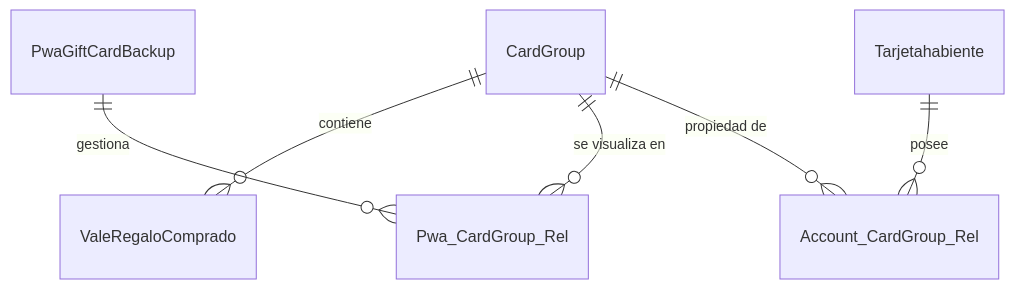
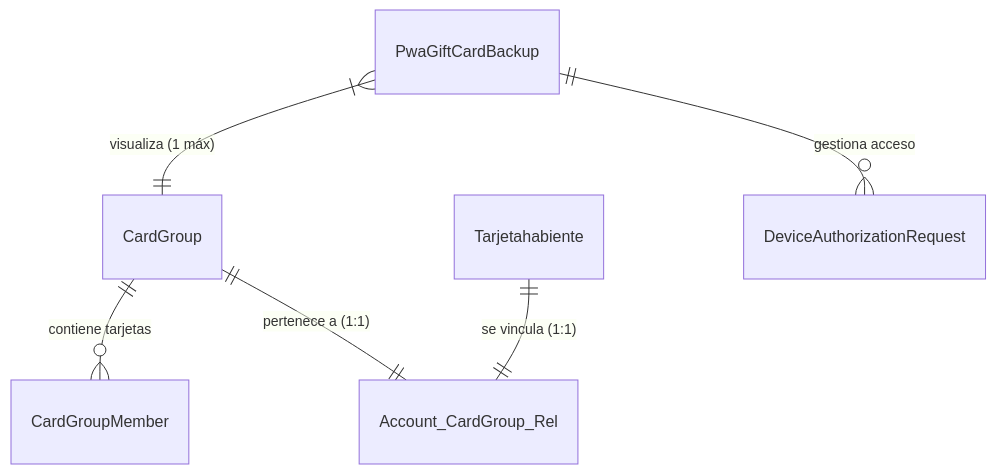
One commit to bulmaroarellano/pwa-architecture-proposal changed the diagram in README.md. Above: the diagram before and after it, drawn with Mermaid. The commit also changed other lines of this file and 1 other file, not shown here.

Commit message:
Update architecture to V2: Strict 1:1 rules and Device Authorization

````diff
--- a/README.md
+++ b/README.md
@@ -25,10 +17,11 @@
 ```mermaid
 erDiagram
-    CardGroup ||--o{ ValeRegaloComprado : "contiene"
+    CardGroup ||--o{ CardGroupMember : "contiene tarjetas"
     
-    PwaGiftCardBackup ||--o{ Pwa_CardGroup_Rel : "gestiona"
-    CardGroup ||--o{ Pwa_CardGroup_Rel : "se visualiza en"
+    PwaGiftCardBackup }|--|| CardGroup : "visualiza (1 máx)"
     
-    Tarjetahabiente ||--o{ Account_CardGroup_Rel : "posee"
-    CardGroup ||--o{ Account_CardGroup_Rel : "propiedad de"
+    Tarjetahabiente ||--|| Account_CardGroup_Rel : "se vincula (1:1)"
+    CardGroup ||--|| Account_CardGroup_Rel : "pertenece a (1:1)"
+
+    PwaGiftCardBackup ||--o{ DeviceAuthorizationRequest : "gestiona acceso"
 ```
````
